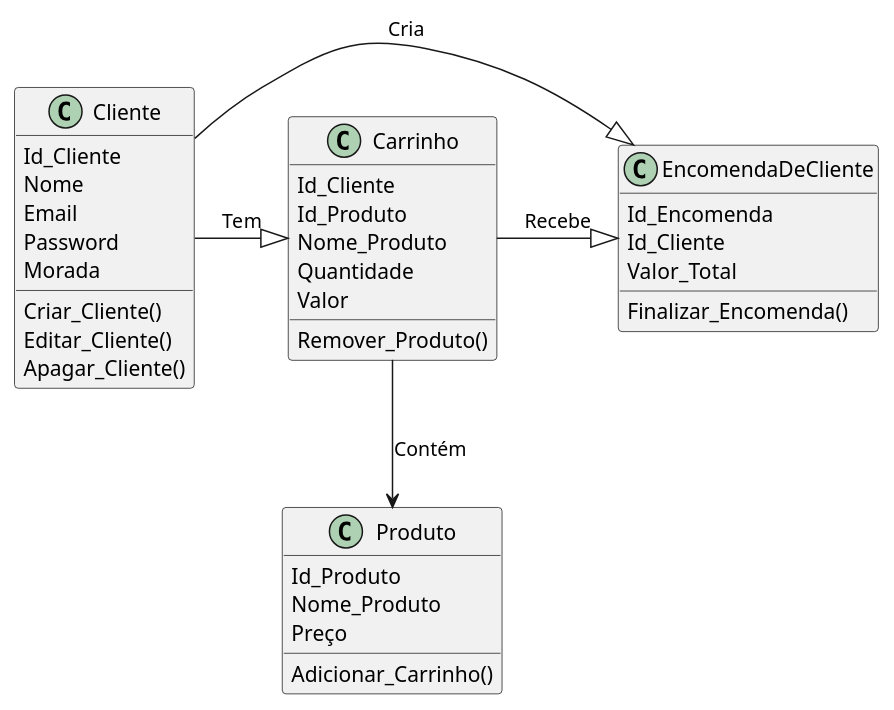
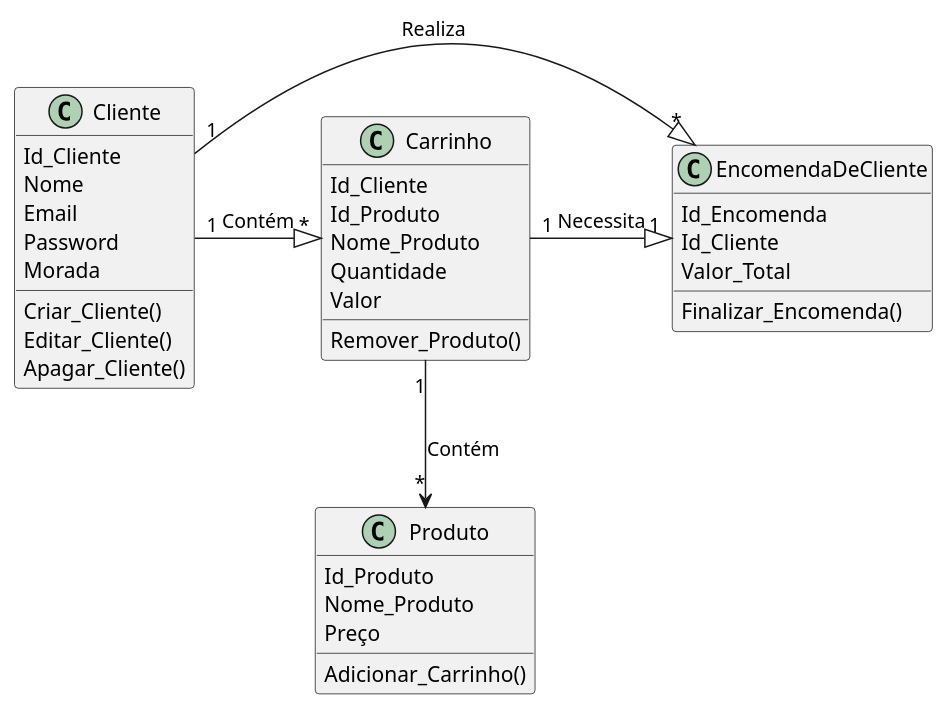
The diagram in Modelo de Dominio/modelo_dominio.puml (Fernandowgp/fsoft2024_1DC_3), drawn with PlantUML before and after one commit.

```diff
--- a/Modelo de Dominio/modelo_dominio.puml
+++ b/Modelo de Dominio/modelo_dominio.puml
@@ -1,44 +1,44 @@
 @startuml
 'https://plantuml.com/sequence-diagram
 
 class Cliente{
 Id_Cliente
 Nome
 Email
 Password
 Morada
 
 Criar_Cliente()
 Editar_Cliente()
 Apagar_Cliente()
 }
 class Carrinho{
 Id_Cliente
 Id_Produto
 Nome_Produto
 Quantidade
 Valor
 
 Remover_Produto()
 }
 class EncomendaDeCliente{
 Id_Encomenda
 Id_Cliente
 Valor_Total
 
 Finalizar_Encomenda()
 }
 class Produto{
 Id_Produto
 Nome_Produto
 Preço
 
 Adicionar_Carrinho()
 }
 
 
-Cliente -|> Carrinho : Tem
-Cliente -|> EncomendaDeCliente : Cria
-Carrinho -|> EncomendaDeCliente : Recebe
-Carrinho  --> Produto : Contém
+Cliente "1"-|> "*"Carrinho : Contém
+Cliente "1"-|> "*" EncomendaDeCliente : Realiza
+Carrinho "1"-|> "1" EncomendaDeCliente : Necessita
+Carrinho "1"--> "*" Produto : Contém
 @enduml
```
